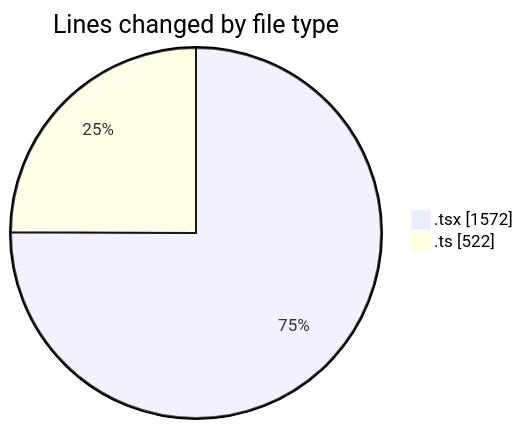
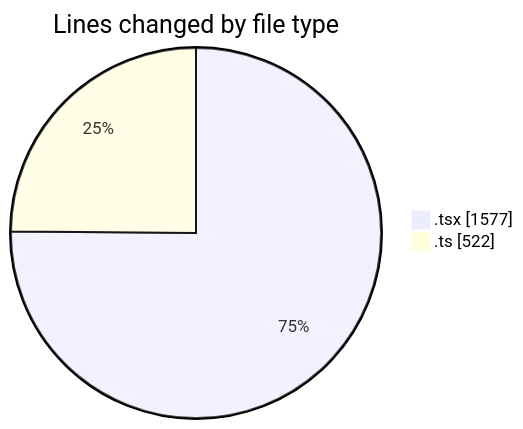
The first of 2 diagrams in 2026-04-03/nxtqube_webapp/README.md (nxtqubesakshisongat/code-tracking), drawn with Mermaid before and after one commit. The commit also changed other lines of this file and 1 other file, not shown here.

````diff
--- a/2026-04-03/nxtqube_webapp/README.md
+++ b/2026-04-03/nxtqube_webapp/README.md
@@ -22,6 +22,6 @@
 ```mermaid
 pie showData
 title Lines changed by file type
-".tsx" : 1572
+".tsx" : 1577
 ".ts" : 522
 ```
````
